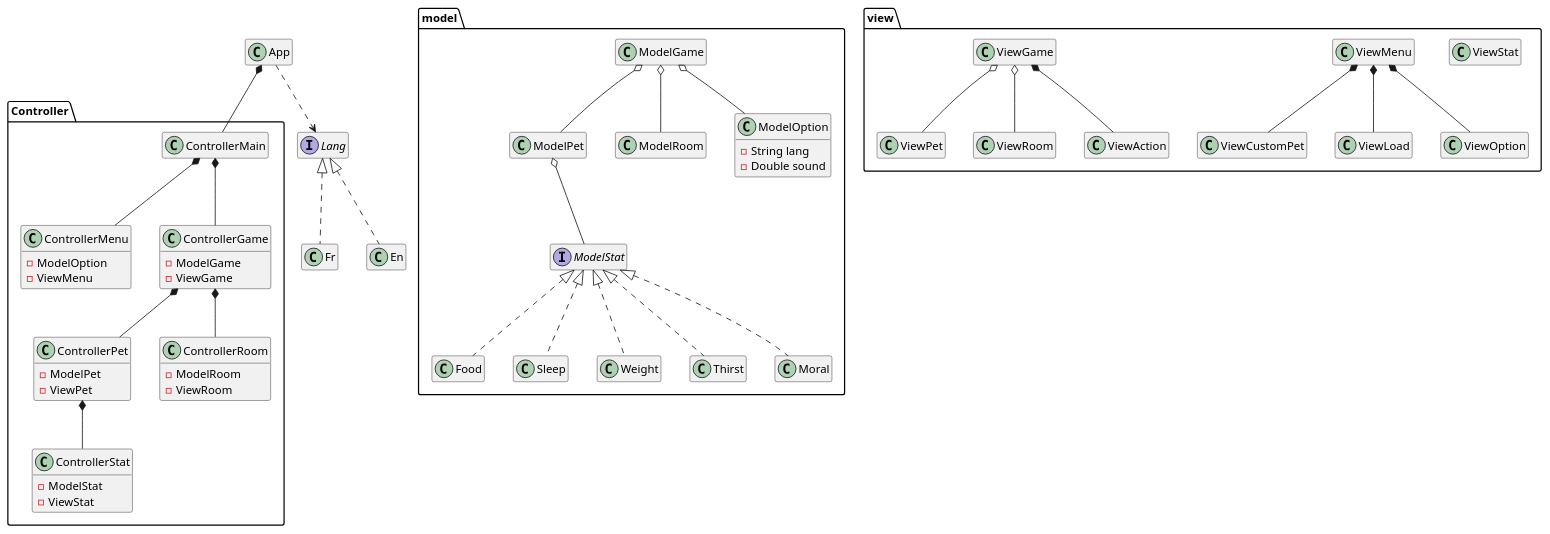
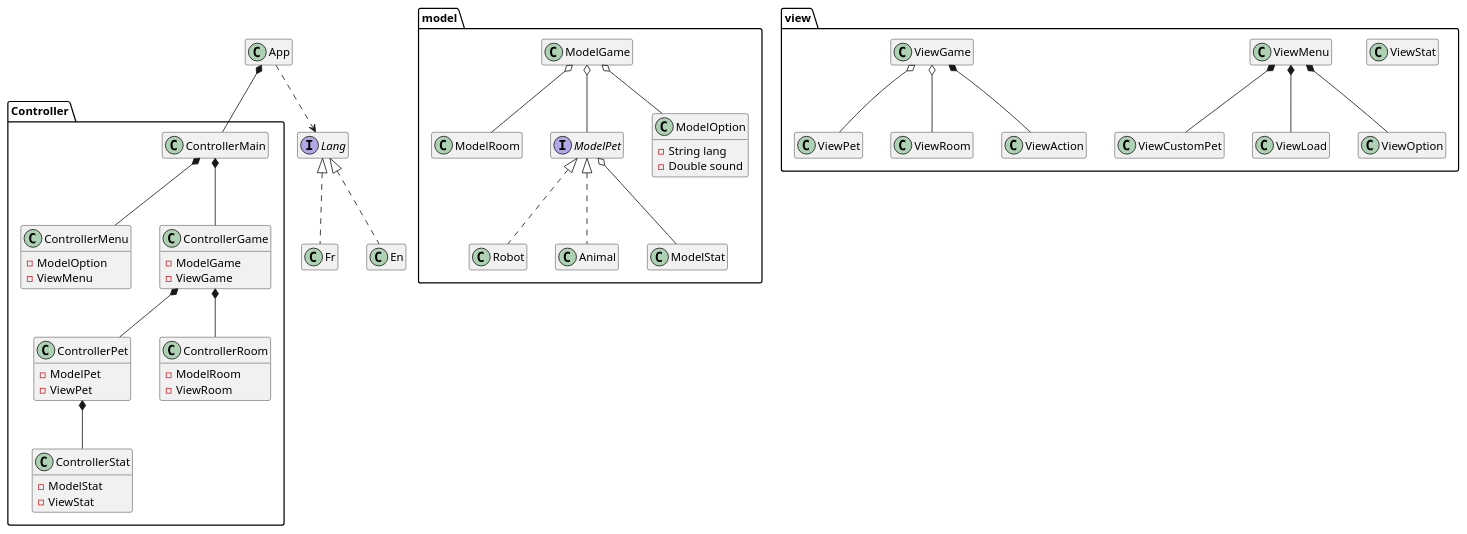
The diagram in diagrams/diagram-class.puml (83NJAM1/Tamagotchi), drawn with PlantUML before and after one commit.

```diff
--- a/diagrams/diagram-class.puml
+++ b/diagrams/diagram-class.puml
@@ -1,92 +1,89 @@
 @startuml
 
 hide empty attributes
 hide empty methods
 
 class App
 interface Lang
 App ..> Lang
 class Fr
 Class En
 Lang <|.. Fr
 Lang <|.. En
 
 package model {
-    class ModelPet
     class ModelRoom
     class ModelGame
+    
+    interface ModelPet
+    class Robot
+    class Animal
+    
     class ModelOption {
         -String lang
         -Double sound
     }
-    interface ModelStat
-    class Food
-    class Sleep
-    class Weight
-    class Thirst
-    class Moral
-    ModelStat <|.. Food
-    ModelStat <|.. Sleep
-    ModelStat <|.. Weight
-    ModelStat <|.. Thirst
-    ModelStat <|.. Moral
+    class ModelStat
+    ModelPet <|.. Robot
+    ModelPet <|.. Animal
+    
     ModelPet o-- ModelStat
     ModelGame o-- ModelPet
     ModelGame o-- ModelRoom
     ModelGame o-- ModelOption
 }
 
 package view {
     class ViewPet
     class ViewRoom
     class ViewStat
     class ViewMenu
     class ViewCustomPet
     class ViewLoad
     class ViewAction
     class ViewOption
     class ViewGame
     
     ViewMenu *-- ViewOption
     ViewMenu *-- ViewCustomPet
     ViewMenu *-- ViewLoad
     ViewGame *-- ViewAction
     ViewGame o-- ViewRoom
     ViewGame o-- ViewPet
 }
 
 package Controller {
     class ControllerMain
     
     class ControllerPet {
         -ModelPet
         -ViewPet
     }
     class ControllerRoom {
         -ModelRoom
         -ViewRoom
     }
     class ControllerStat {
         -ModelStat
         -ViewStat
     }
     class ControllerMenu {
         -ModelOption
         -ViewMenu
     }
     class ControllerGame {
         -ModelGame
         -ViewGame
     }
     
     ControllerPet *-- ControllerStat
     ControllerGame *-- ControllerPet
     ControllerGame *-- ControllerRoom
     ControllerMain *-- ControllerGame 
     ControllerMain *-- ControllerMenu
     
 }
 
 App *-- ControllerMain
 
 @enduml
```
